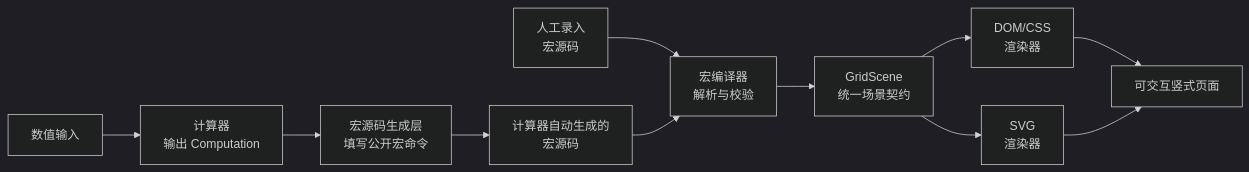
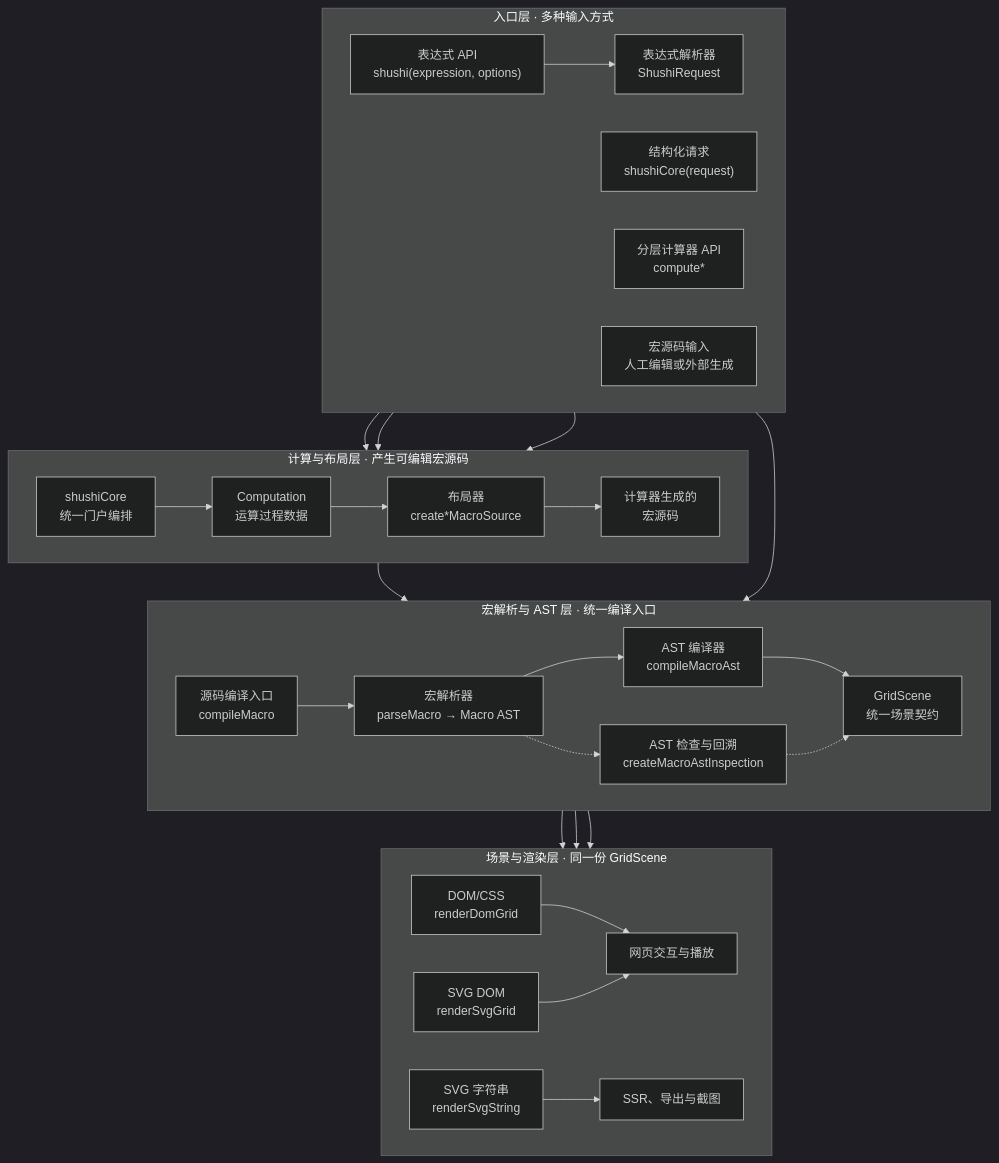
Before and after one commit to u1in/shushi: the diagram in README.md, drawn with Mermaid (dark theme). The commit also changed other lines of this file and 5 other files, not shown here.

Commit message:
docs(flow): 优化计算与渲染链路图

````diff
--- a/README.md
+++ b/README.md
@@ -173,13 +173,36 @@
 ```mermaid
-flowchart LR
-  manual["人工录入<br/>宏源码"] --> compiler["宏编译器<br/>解析与校验"]
-  input["数值输入"] --> calculator["计算器<br/>输出 Computation"]
-  calculator --> layout["宏源码生成层<br/>填写公开宏命令"]
-  layout --> source["计算器自动生成的<br/>宏源码"]
+flowchart TB
+  subgraph inputs["入口层 · 多种输入方式"]
+    direction LR
+    expression["表达式 API<br/>shushi(expression, options)"] --> expressionParser["表达式解析器<br/>ShushiRequest"]
+    request["结构化请求<br/>shushiCore(request)"]
+    compute["分层计算器 API<br/>compute*"]
+    macro["宏源码输入<br/>人工编辑或外部生成"]
+  end
+  subgraph calculation["计算与布局层 · 产生可编辑宏源码"]
+    direction LR
+    portal["shushiCore<br/>统一门户编排"] --> computation["Computation<br/>运算过程数据"]
+    computation --> layout["布局器<br/>create*MacroSource"] --> source["计算器生成的<br/>宏源码"]
+  end
+  subgraph macroPipeline["宏解析与 AST 层 · 统一编译入口"]
+    direction LR
+    compiler["源码编译入口<br/>compileMacro"] --> macroParser["宏解析器<br/>parseMacro → Macro AST"] --> astCompiler["AST 编译器<br/>compileMacroAst"] --> scene["GridScene<br/>统一场景契约"]
+    inspection["AST 检查与回溯<br/>createMacroAstInspection"]
+  end
+  subgraph rendering["场景与渲染层 · 同一份 GridScene"]
+    direction LR
+    dom["DOM/CSS<br/>renderDomGrid"] --> page["网页交互与播放"]
+    svg["SVG DOM<br/>renderSvgGrid"] --> page
+    svgString["SVG 字符串<br/>renderSvgString"] --> output["SSR、导出与截图"]
+  end
+  expressionParser --> portal
+  request --> portal
+  compute --> computation
   source --> compiler
-  compiler --> scene["GridScene<br/>统一场景契约"]
-  scene --> dom["DOM/CSS<br/>渲染器"]
-  scene --> svg["SVG<br/>渲染器"]
-  dom --> page["可交互竖式页面"]
-  svg --> page
+  macro --> compiler
+  macroParser -.-> inspection
+  inspection -.-> scene
+  scene --> dom
+  scene --> svg
+  scene --> svgString
 ```
````
